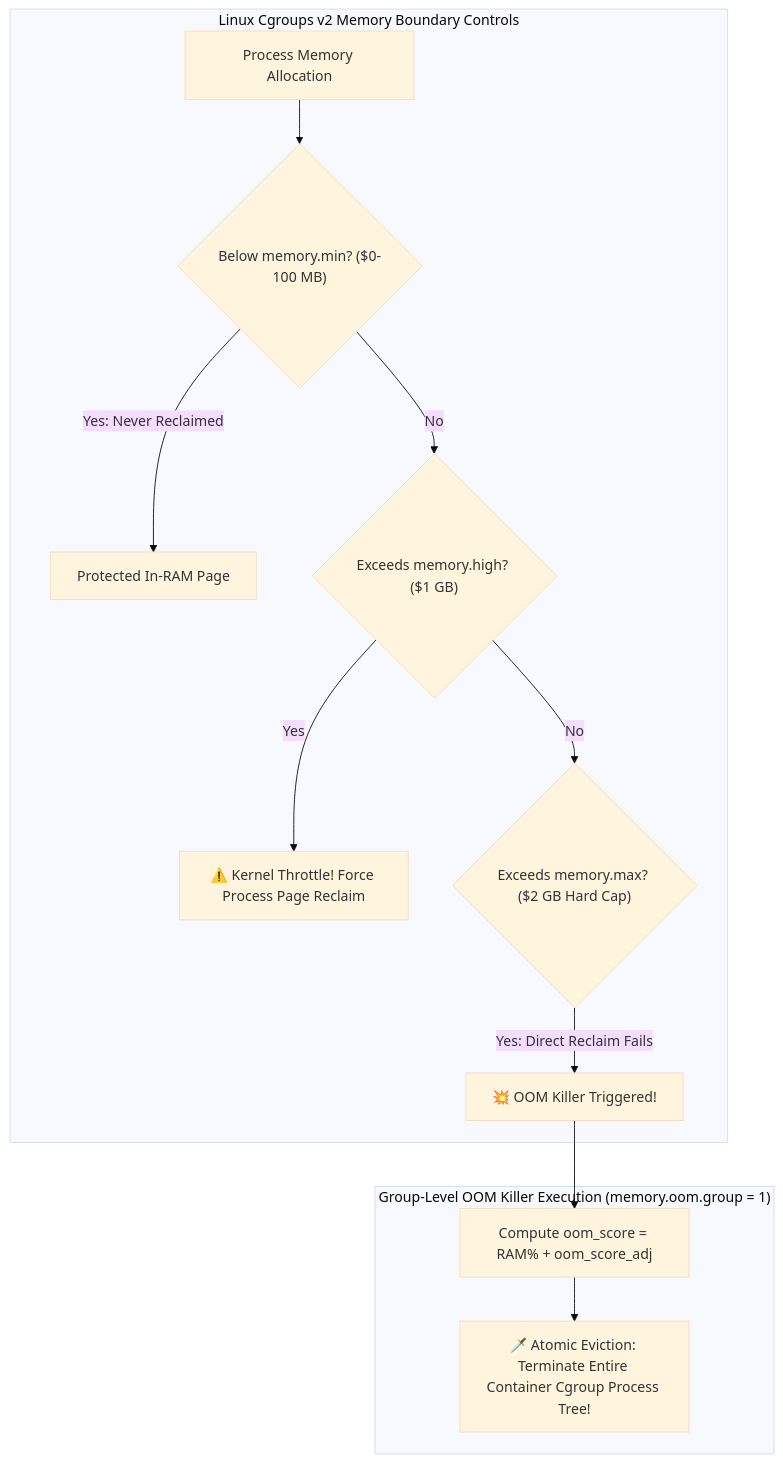
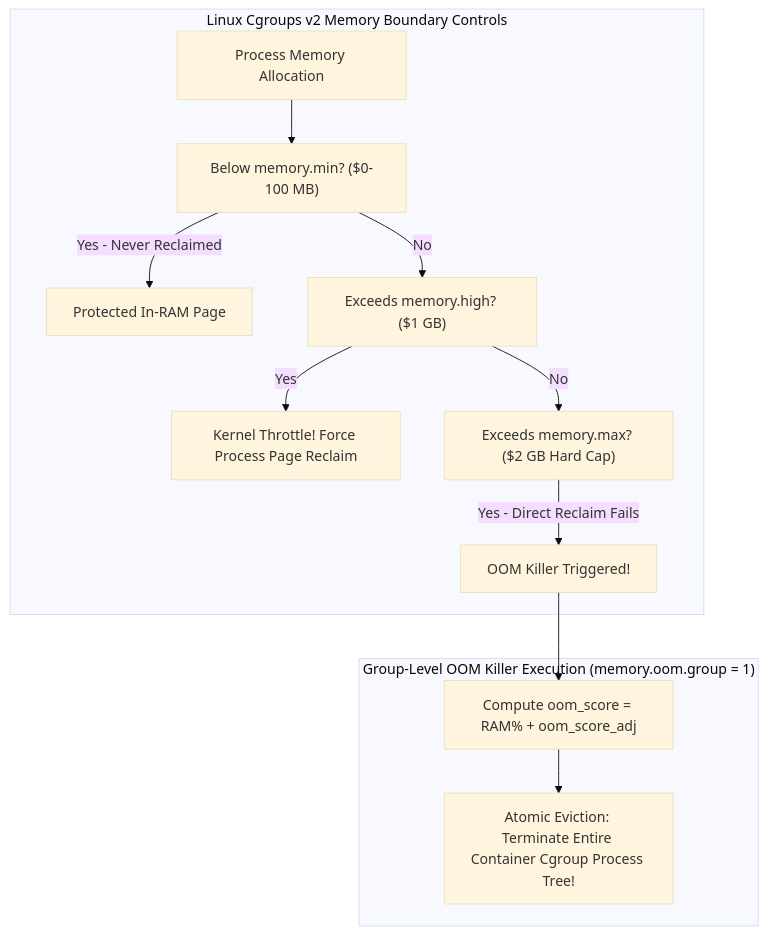
The diagram in blog/posts/linux-cgroups-v2-memory-isolation-oom-killer-psi.md (akmalkhaniub/akmalkhaniub.github.io), drawn with Mermaid (base theme) before and after one commit. The commit also changed 411 other files, not shown here.

````diff
--- a/blog/posts/linux-cgroups-v2-memory-isolation-oom-killer-psi.md
+++ b/blog/posts/linux-cgroups-v2-memory-isolation-oom-killer-psi.md
@@ -19,18 +19,18 @@
 ```mermaid
-graph TD
+flowchart TD
   subgraph SG1_LinuxCgroupsV2 ["Linux Cgroups v2 Memory Boundary Controls"]
-    Alloc[Process Memory Allocation] --> MinCheck{"Below memory.min? ($0-100 MB)"}
-    MinCheck -->|Yes: Never Reclaimed| SafeRAM[Protected In-RAM Page]
+    Alloc[Process Memory Allocation] --> MinCheck["Below memory.min? ($0-100 MB)"]
+    MinCheck -->|Yes - Never Reclaimed| SafeRAM[Protected In-RAM Page]
     
-    MinCheck -->|No| HighCheck{"Exceeds memory.high? ($1 GB)"}
-    HighCheck -->|Yes| Throttle["⚠️ Kernel Throttle! Force Process Page Reclaim"]
+    MinCheck -->|No| HighCheck["Exceeds memory.high? ($1 GB)"]
+    HighCheck -->|Yes| Throttle[" Kernel Throttle! Force Process Page Reclaim"]
     
-    HighCheck -->|No| MaxCheck{"Exceeds memory.max? ($2 GB Hard Cap)"}
-    MaxCheck -->|Yes: Direct Reclaim Fails| OOM["💥 OOM Killer Triggered!"]
+    HighCheck -->|No| MaxCheck["Exceeds memory.max? ($2 GB Hard Cap)"]
+    MaxCheck -->|Yes - Direct Reclaim Fails| OOM[" OOM Killer Triggered!"]
   end
   
   subgraph SG2_GroupLevelOom ["Group-Level OOM Killer Execution (memory.oom.group = 1)"]
     OOM --> Badness[Compute oom_score = RAM% + oom_score_adj]
-    Badness --> KillTree["🗡️ Atomic Eviction: Terminate Entire Container Cgroup Process Tree!"]
+    Badness --> KillTree[" Atomic Eviction: Terminate Entire Container Cgroup Process Tree!"]
   end
 ```
````
